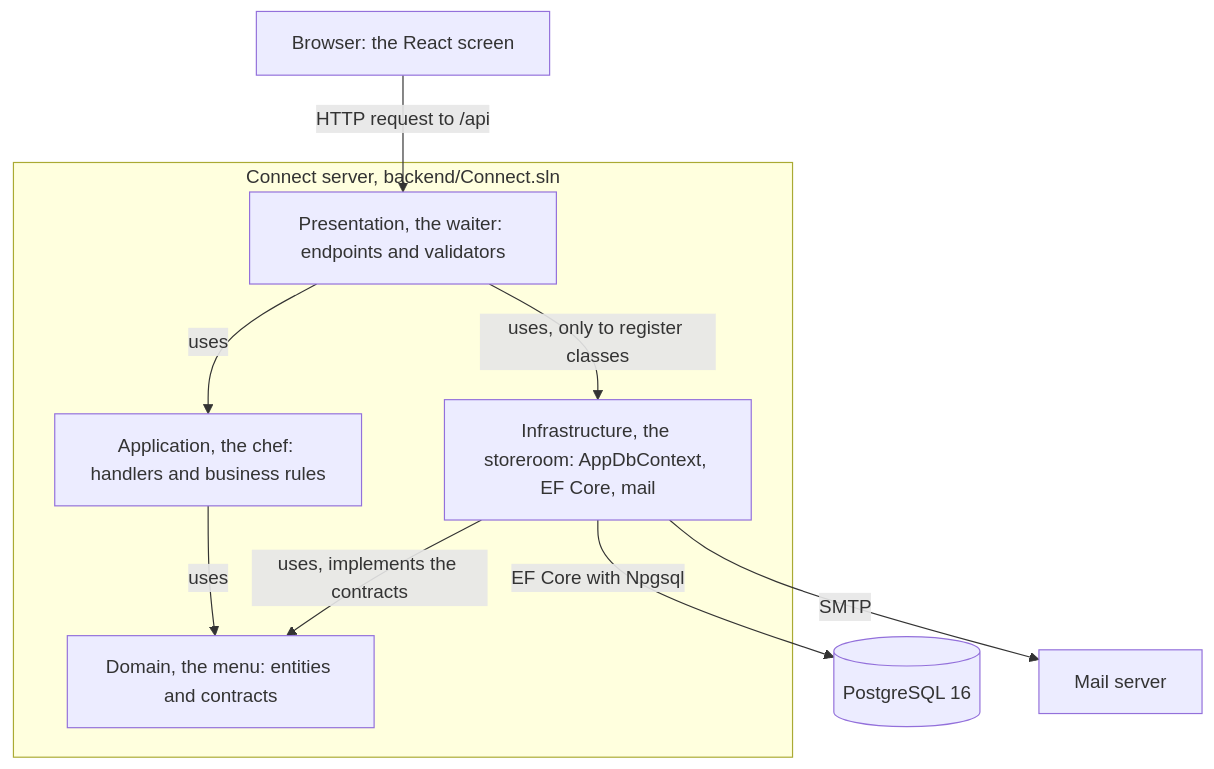
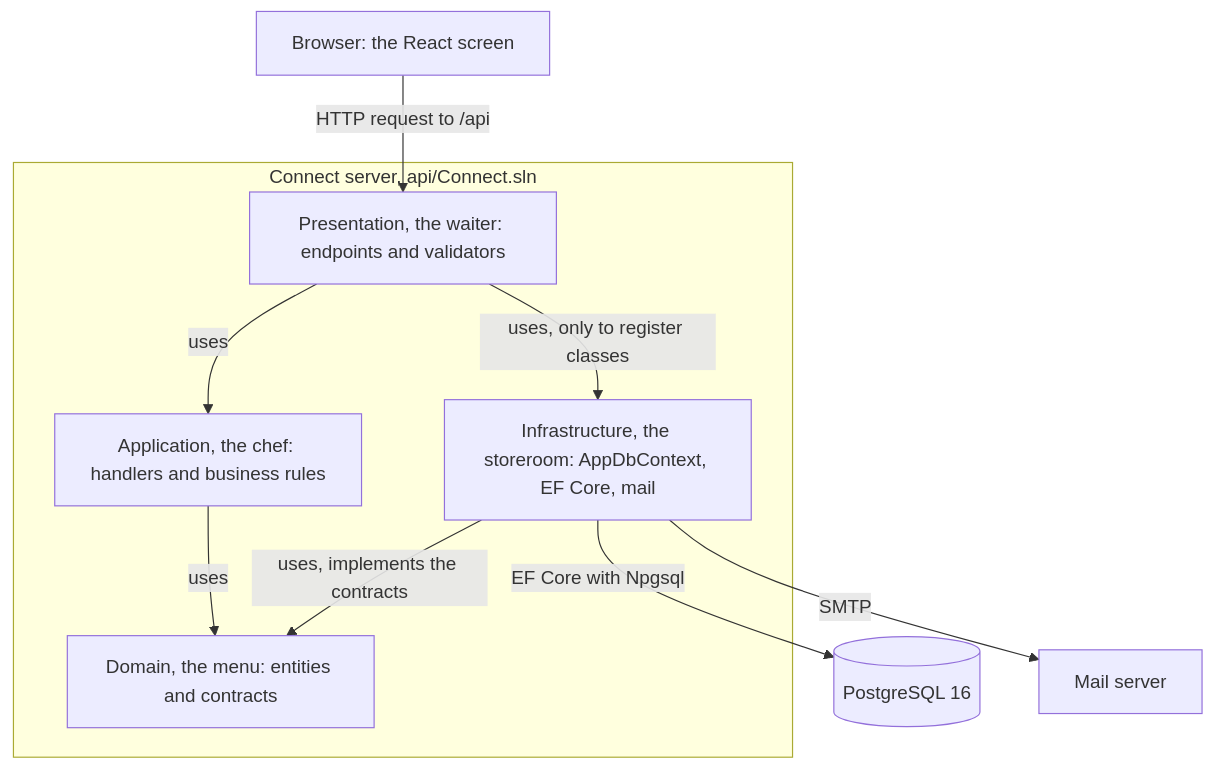
Before and after one commit to guruITA/connect-nine: the first of 4 diagrams in docs/architecture/architecture.md, drawn with Mermaid. The commit also changed other lines of this file and 74 other files, not shown here.

Commit message:
chore: renamed frontend -> web & backend -> api

````diff
--- a/docs/architecture/architecture.md
+++ b/docs/architecture/architecture.md
@@ -148,16 +148,16 @@
 ```mermaid
 flowchart TB
     Browser["Browser: the React screen"] -->|"HTTP request to /api"| P
-    subgraph Server["Connect server, backend/Connect.sln"]
+    subgraph Server["Connect server, api/Connect.sln"]
         P["Presentation, the waiter: endpoints and validators"]
         A["Application, the chef: handlers and business rules"]
         D["Domain, the menu: entities and contracts"]
         I["Infrastructure, the storeroom: AppDbContext, EF Core, mail"]
         P -->|"uses"| A
         P -->|"uses, only to register classes"| I
         A -->|"uses"| D
         I -->|"uses, implements the contracts"| D
     end
     I -->|"EF Core with Npgsql"| DB[("PostgreSQL 16")]
     I -->|"SMTP"| Mail["Mail server"]
 ```
````
